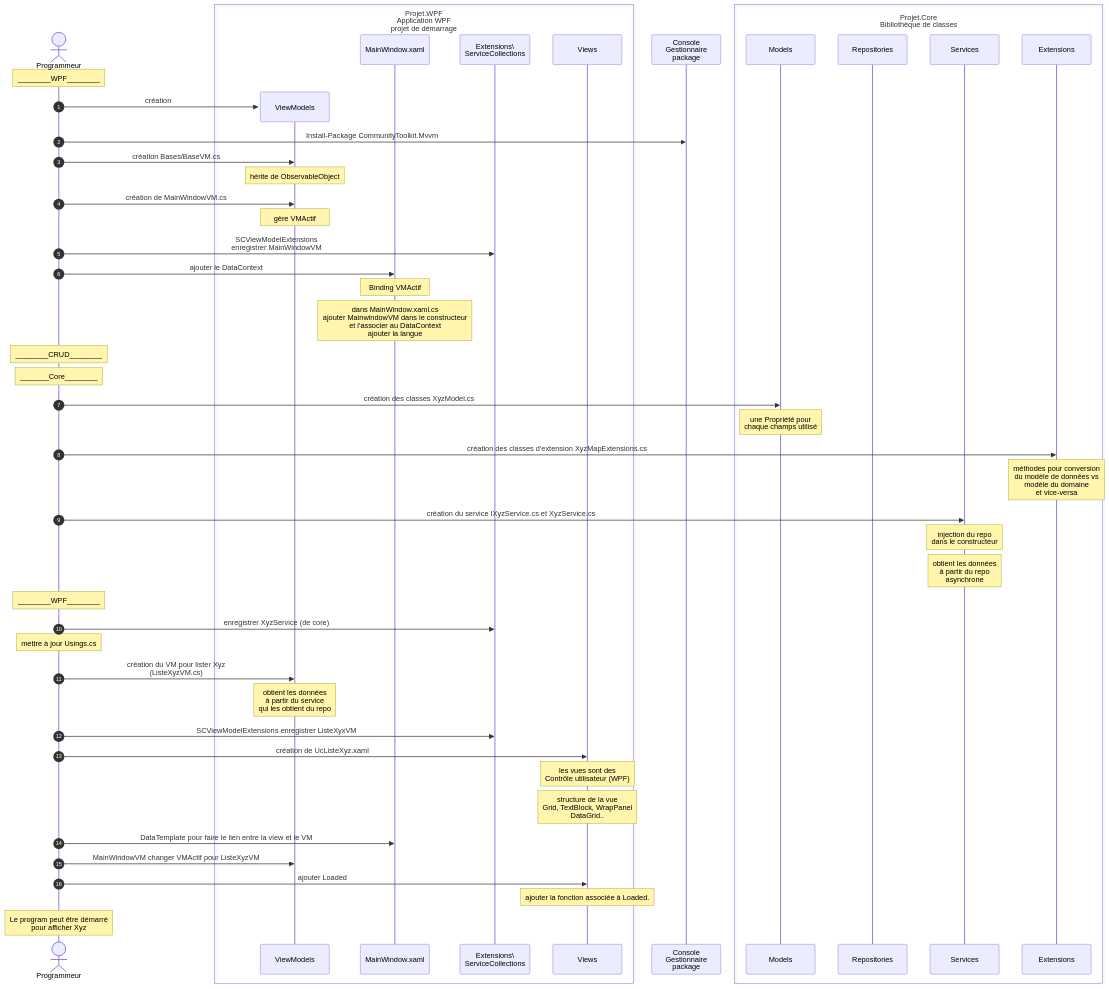
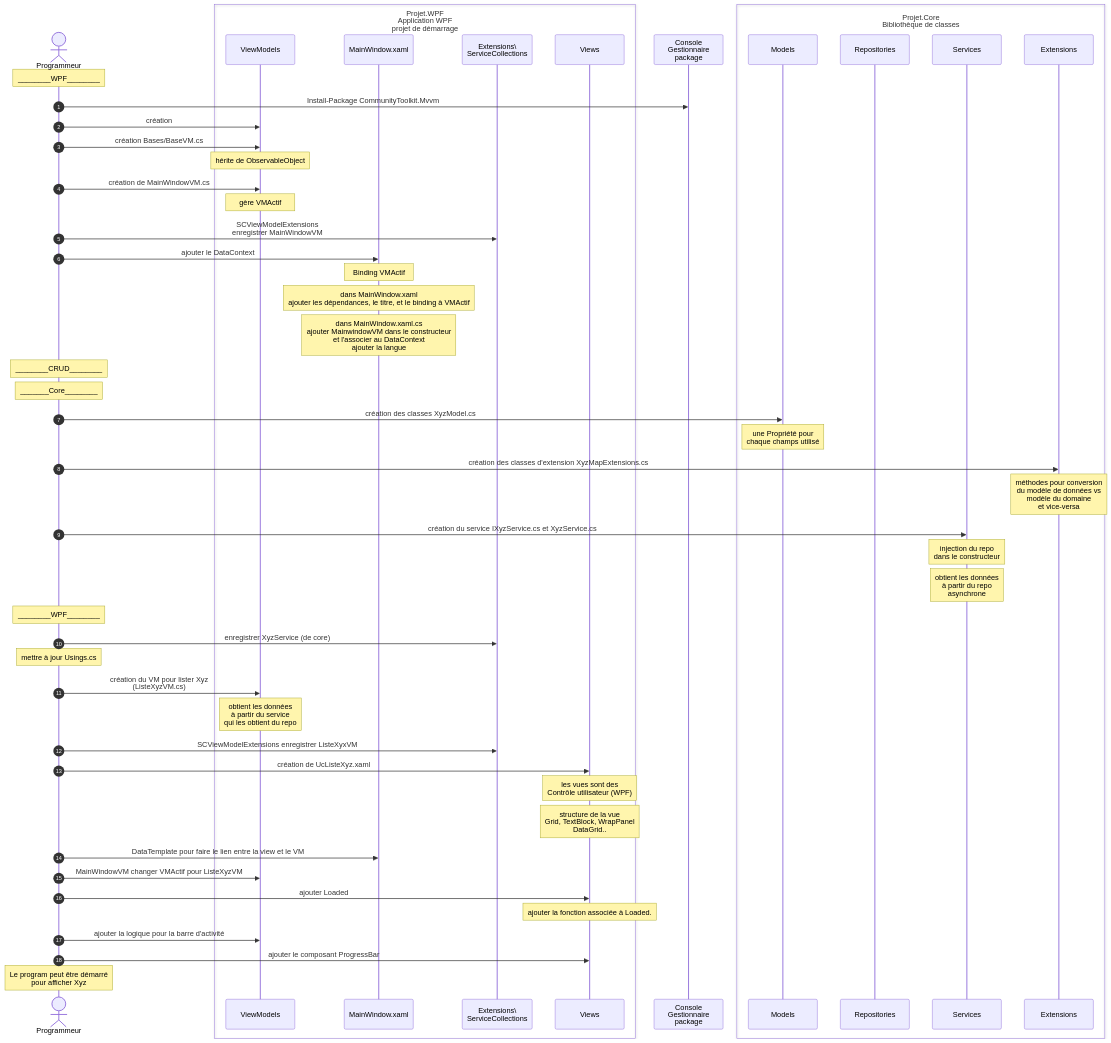
Before and after one commit to BenoitDesrosiers/4N1_2024: the diagram in docs/72-WPF partie 2/revue_partie2.md, drawn with Mermaid. The commit also changed other lines of this file and 11 other files, not shown here.

````diff
--- a/docs/72-WPF partie 2/revue_partie2.md
+++ b/docs/72-WPF partie 2/revue_partie2.md
@@ -10,63 +10,68 @@
 ```mermaid
 sequenceDiagram
     autonumber
     actor prog as Programmeur
 
     note over prog:________WPF________
-    create participant wpf_vm as ViewModels
+    
+    box Projet.WPF<br>Application WPF<br>projet de démarrage
+        participant wpf_vm as ViewModels
+        participant wpf_vm
+        participant wpf_mw as MainWindow.xaml
+        participant wpf_serv as Extensions\<br>ServiceCollections
+        participant wpf_view as Views
+    end
+
+    participant cgp as Console<br>Gestionnaire<br>package
+    prog->>cgp:Install-Package CommunityToolkit.Mvvm
     prog->>wpf_vm:création
-    box Projet.WPF<br>Application WPF<br>projet de démarrage
-    participant wpf_vm
-    participant wpf_mw as MainWindow.xaml
-    participant wpf_serv as Extensions\<br>ServiceCollections
-    participant wpf_view as Views
-    end
-    participant cgp as Console<br>Gestionnaire<br>package
 
-    prog->>cgp:Install-Package CommunityToolkit.Mvvm
     prog->>wpf_vm:création Bases/BaseVM.cs
     note over wpf_vm:hérite de ObservableObject
     prog->>wpf_vm:création de MainWindowVM.cs
     note over wpf_vm:gère VMActif
     prog->>wpf_serv:SCViewModelExtensions<br>enregistrer MainWindowVM
     prog->>wpf_mw:ajouter le DataContext
     note over wpf_mw:Binding VMActif
+    note over wpf_mw:dans MainWindow.xaml<br>ajouter les dépendances, le titre, et le binding à VMActif
     note over wpf_mw:dans MainWindow.xaml.cs<br>ajouter MainwindowVM dans le constructeur<br>et l'associer au DataContext<br>ajouter la langue
 
     
     note over prog: ________CRUD________
 
     note over prog: _______Core________
     box  Projet.Core<br>Bibliothèque de classes
     participant core_model as Models
     participant core_repo as Repositories
     participant core_serv as Services
     participant core_ext as Extensions
     end
     prog->>core_model:création des classes XyzModel.cs
     note over core_model: une Propriété pour<br>chaque champs utilisé
     prog->>core_ext:création des classes d'extension XyzMapExtensions.cs
     note over core_ext:méthodes pour conversion<br>du modèle de données vs <br>modèle du domaine<br>et vice-versa
     prog->>core_serv:création du service IXyzService.cs et XyzService.cs
     note over core_serv:injection du repo <br>dans le constructeur
     note over core_serv:obtient les données<br>à partir du repo<br>asynchrone
 
 
     note over prog:________WPF________
     prog->>wpf_serv: enregistrer XyzService (de core)
     note over prog:mettre à jour Usings.cs
     prog->>wpf_vm:création du VM pour lister Xyz<br>(ListeXyzVM.cs)
     note over wpf_vm:obtient les données<br>à partir du service<br>qui les obtient du repo
     prog->>wpf_serv:SCViewModelExtensions enregistrer ListeXyxVM
     prog->>wpf_view:création de UcListeXyz.xaml
     note over wpf_view: les vues sont des <br>Contrôle utilisateur (WPF)
     note over wpf_view:structure de la vue<br>Grid, TextBlock, WrapPanel<br>DataGrid..
     prog->>wpf_mw:DataTemplate pour faire le lien entre la view et le VM
     prog->>wpf_vm:MainWindowVM changer VMActif pour ListeXyzVM 
     prog->>wpf_view:ajouter Loaded
     note over wpf_view:ajouter la fonction associée à Loaded. 
+    prog->>wpf_vm:ajouter la logique pour la barre d'activité
+    prog->>wpf_view:ajouter le composant ProgressBar
     note over prog:Le program peut être démarré<br>pour afficher Xyz
 
 
   
 ```
````
